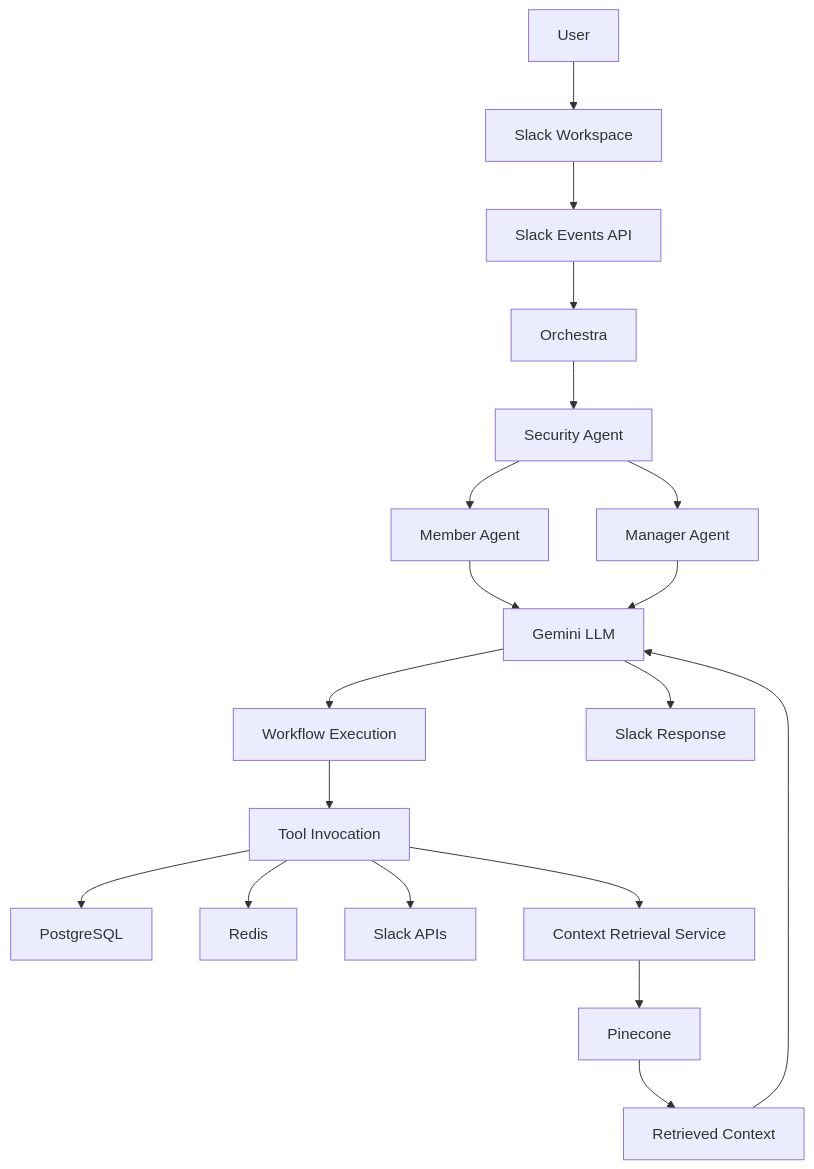
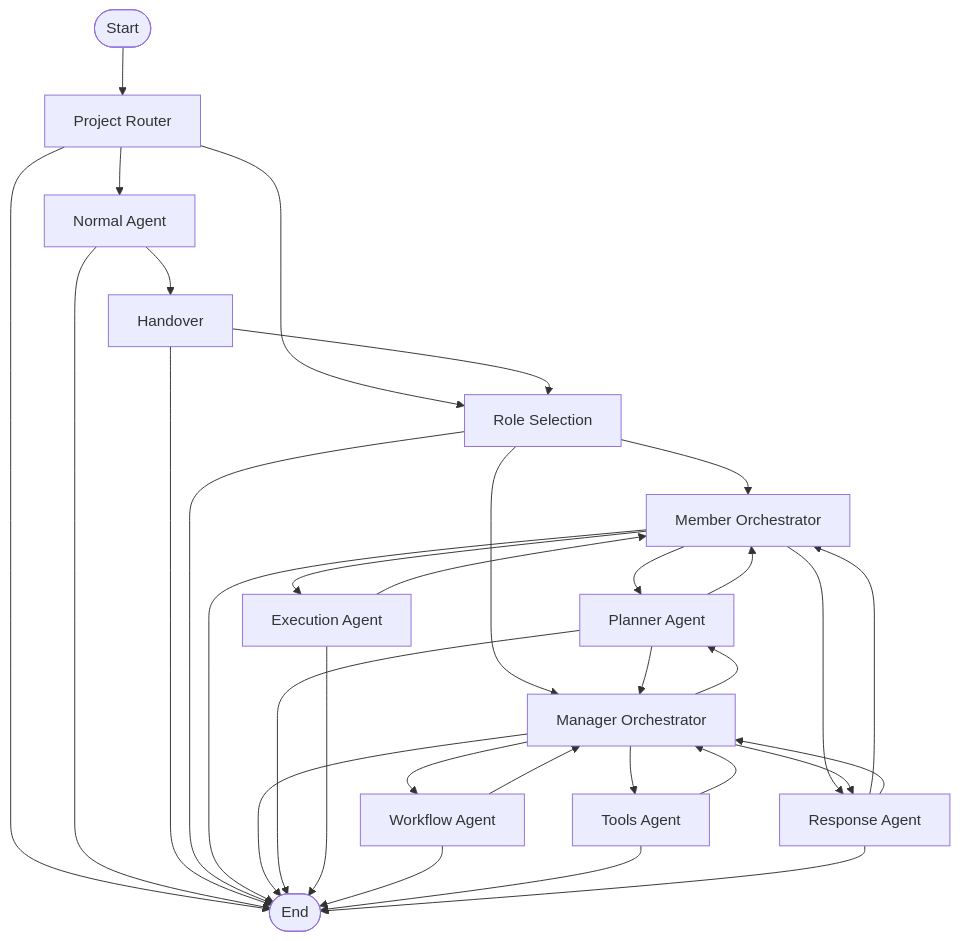
One commit to nishantrao03/orchestra changed the diagram in README.md. Above: the diagram before and after it, drawn with Mermaid. The commit also changed other lines of this file, not shown here.

````diff
--- a/README.md
+++ b/README.md
@@ -103,40 +109,53 @@
 ```mermaid
 flowchart TD
+    START([Start])
+    PR[Project Router]
+    NA[Normal Agent]
+    HO[Handover]
+    RS[Role Selection]
+    MO[Member Orchestrator]
+    MGO[Manager Orchestrator]
+    PA[Planner Agent]
+    EA[Execution Agent]
+    WA[Workflow Agent]
+    TA[Tools Agent]
+    RA[Response Agent]
+    ENDNODE([End])
 
-A[User]
---> B[Slack Workspace]
+    START --> PR
+    PR --> NA
+    PR --> RS
+    NA --> HO
+    HO --> RS
+    RS --> MO
+    RS --> MGO
 
-B --> C[Slack Events API]
+    MO --> PA
+    PA --> MO
+    MO --> EA
+    EA --> MO
+    MO --> RA
+    RA --> MO
 
-C --> D[Orchestra]
+    MGO --> PA
+    PA --> MGO
+    MGO --> WA
+    WA --> MGO
+    MGO --> TA
+    TA --> MGO
+    MGO --> RA
+    RA --> MGO
 
-D --> E[Security Agent]
+    PR --> ENDNODE
+    NA --> ENDNODE
+    HO --> ENDNODE
+    RS --> ENDNODE
+    MO --> ENDNODE
+    MGO --> ENDNODE
+    PA --> ENDNODE
+    EA --> ENDNODE
+    WA --> ENDNODE
+    TA --> ENDNODE
+    RA --> ENDNODE
 
-E --> F[Member Agent]
-
-E --> G[Manager Agent]
-
-F --> H[Gemini LLM]
-
-G --> H
-
-H --> I[Workflow Execution]
-
-I --> J[Tool Invocation]
-
-J --> K[PostgreSQL]
-
-J --> L[Redis]
-
-J --> M[Slack APIs]
-
-J --> N[Context Retrieval Service]
-
-N --> O[Pinecone]
-
-O --> P[Retrieved Context]
-
-P --> H
-
-H --> Q[Slack Response]
 ```
````
